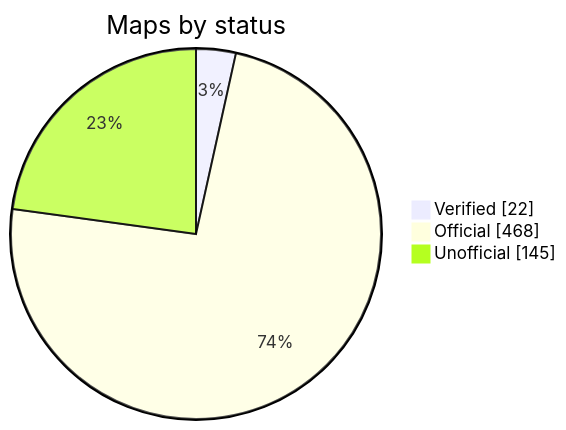
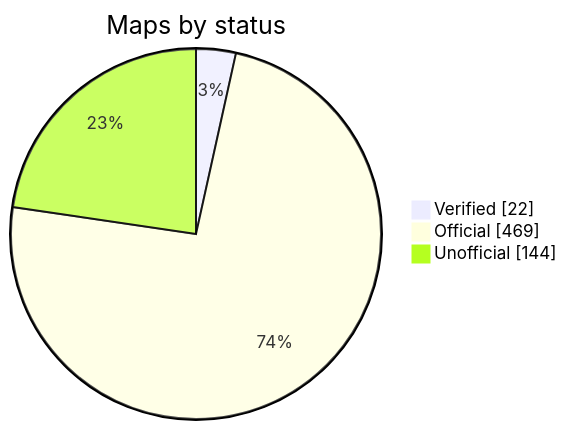
One commit to nobrega8/mbmap-library changed the diagram in README.md. Above: the diagram before and after it, drawn with Mermaid. The commit also changed 6 other files, not shown here.

````diff
--- a/README.md
+++ b/README.md
@@ -52,7 +52,7 @@
 ```mermaid
 pie showData
     title Maps by status
     "Verified" : 22
-    "Official" : 468
-    "Unofficial" : 145
+    "Official" : 469
+    "Unofficial" : 144
 ```
````
